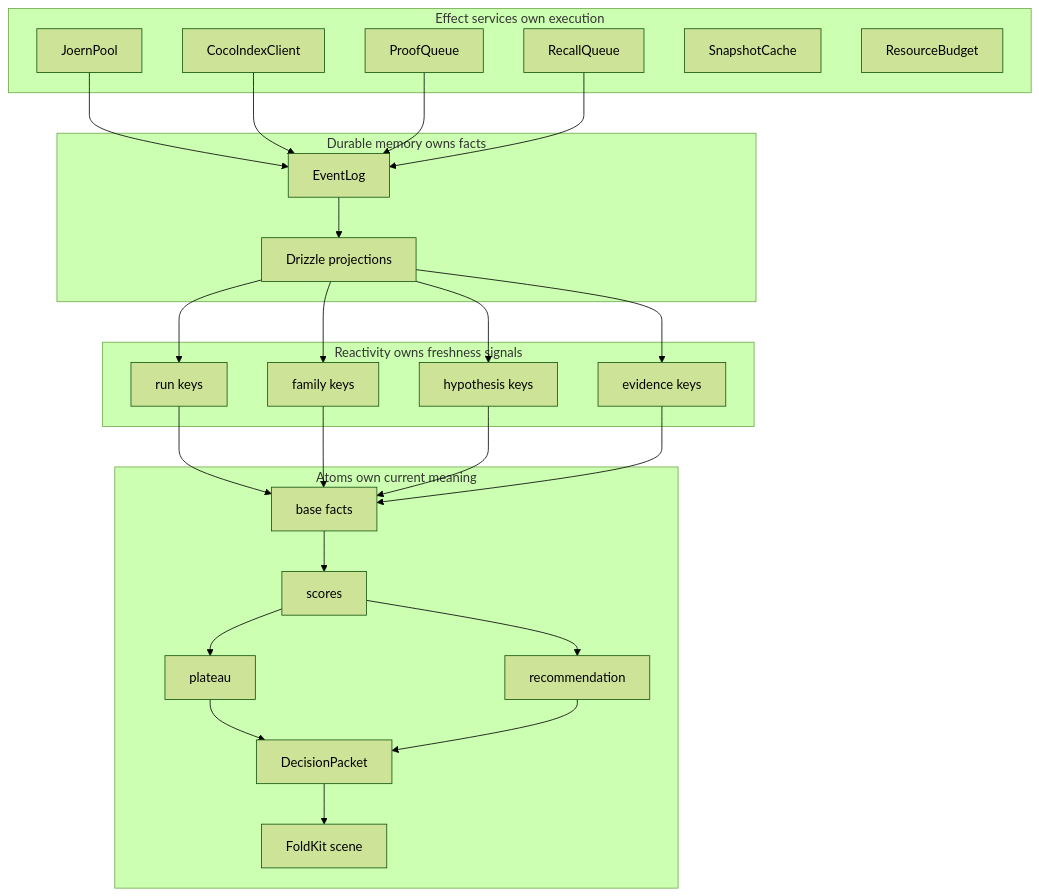
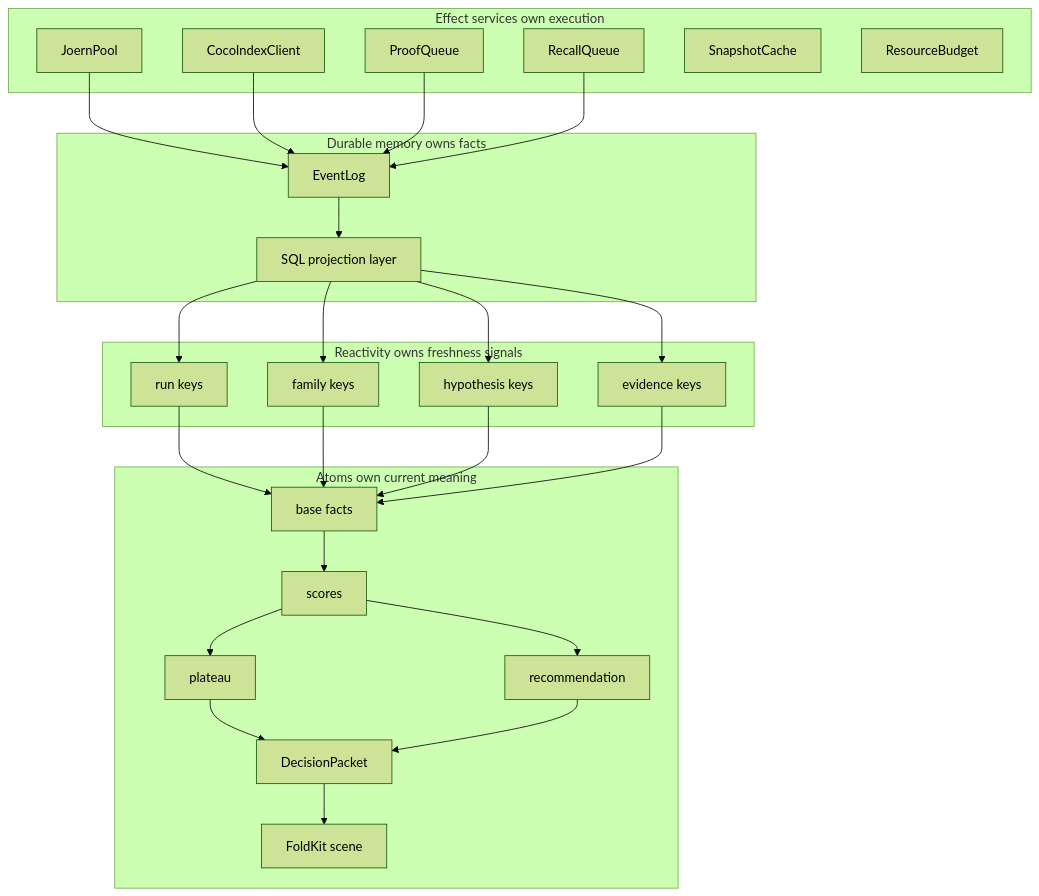
The second of 13 diagrams in docs/attuned/Attune Atom, Reactivity, and State Philosophy.md (becker63/attune), drawn with Mermaid (forest theme) before and after one commit. The commit also changed other lines of this file and 320 other files, not shown here.

````diff
--- a/docs/attuned/Attune Atom, Reactivity, and State Philosophy.md
+++ b/docs/attuned/Attune Atom, Reactivity, and State Philosophy.md
@@ -246,52 +246,52 @@
 ```mermaid
 flowchart TD
   subgraph EffectServices["Effect services own execution"]
     A["JoernPool"]
     B["CocoIndexClient"]
     C["ProofQueue"]
     D["RecallQueue"]
     E["SnapshotCache"]
     F["ResourceBudget"]
   end
 
   subgraph DurableMemory["Durable memory owns facts"]
     G["EventLog"]
-    H["Drizzle projections"]
+    H["SQL projection layer"]
   end
 
   subgraph ReactivityLayer["Reactivity owns freshness signals"]
     I["run keys"]
     J["family keys"]
     K["hypothesis keys"]
     L["evidence keys"]
   end
 
   subgraph AtomViews["Atoms own current meaning"]
     M["base facts"]
     N["scores"]
     O["plateau"]
     P["recommendation"]
     Q["DecisionPacket"]
     R["FoldKit scene"]
   end
 
   A --> G
   B --> G
   C --> G
   D --> G
   G --> H
   H --> I
   H --> J
   H --> K
   H --> L
   I --> M
   J --> M
   K --> M
   L --> M
   M --> N
   N --> O
   N --> P
   O --> Q
   P --> Q
   Q --> R
 ```
````
